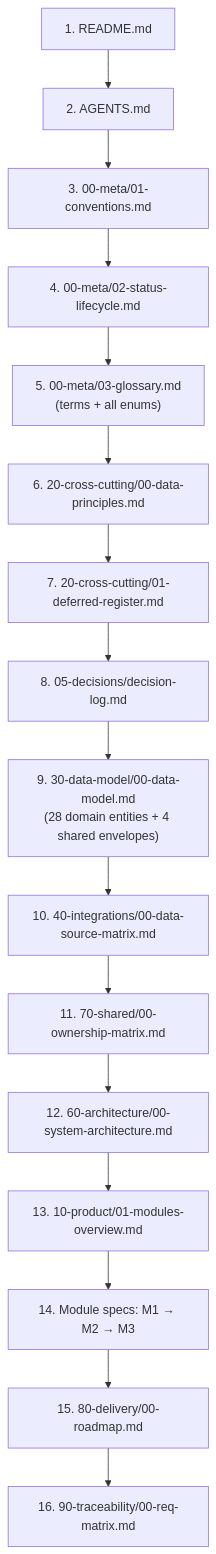
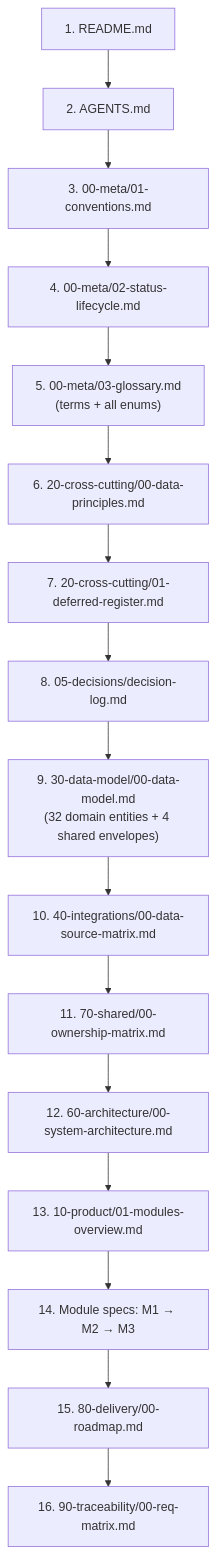
Before and after one commit to Mohamed-Dhia-Nasri/question-de-style: the diagram in docs/00-meta/00-index.md, drawn with Mermaid. The commit also changed other lines of this file and 431 other files, not shown here.

````diff
--- a/docs/00-meta/00-index.md
+++ b/docs/00-meta/00-index.md
@@ -87,18 +87,18 @@
 ```mermaid
 flowchart TD
     A["1. README.md"] --> B["2. AGENTS.md"]
     B --> C["3. 00-meta/01-conventions.md"]
     C --> D["4. 00-meta/02-status-lifecycle.md"]
     D --> E["5. 00-meta/03-glossary.md<br/>(terms + all enums)"]
     E --> F["6. 20-cross-cutting/00-data-principles.md"]
     F --> G["7. 20-cross-cutting/01-deferred-register.md"]
     G --> H["8. 05-decisions/decision-log.md"]
-    H --> I["9. 30-data-model/00-data-model.md<br/>(28 domain entities + 4 shared envelopes)"]
+    H --> I["9. 30-data-model/00-data-model.md<br/>(32 domain entities + 4 shared envelopes)"]
     I --> J["10. 40-integrations/00-data-source-matrix.md"]
     J --> K["11. 70-shared/00-ownership-matrix.md"]
     K --> L["12. 60-architecture/00-system-architecture.md"]
     L --> M["13. 10-product/01-modules-overview.md"]
     M --> N["14. Module specs: M1 → M2 → M3"]
     N --> O["15. 80-delivery/00-roadmap.md"]
     O --> P["16. 90-traceability/00-req-matrix.md"]
 ```
````
